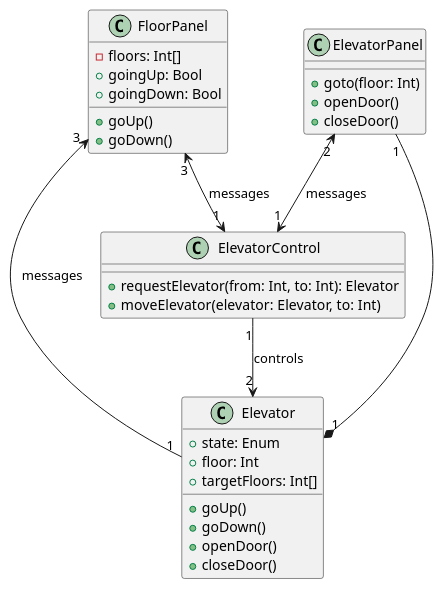
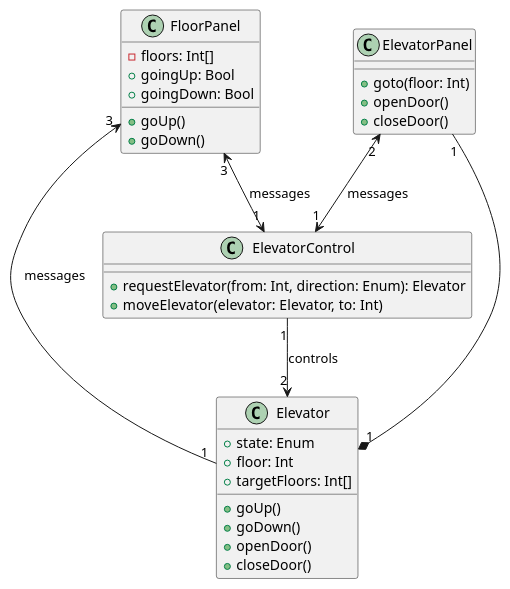
Before and after one commit to xsjk/Elevator: the second of 3 diagrams in docs/requirement/src/diagrams.puml, drawn with PlantUML. The commit also changed 2 other files, not shown here.

```diff
--- a/docs/requirement/src/diagrams.puml
+++ b/docs/requirement/src/diagrams.puml
@@ -27,35 +27,35 @@
 @startuml class
 
 class FloorPanel {
     -floors: Int[]
     +goingUp: Bool
     +goingDown: Bool
     +goUp()
     +goDown()
 }
 class ElevatorPanel {
     +goto(floor: Int)
     +openDoor()
     +closeDoor()
 }
 class Elevator {
     +state: Enum
     +floor: Int
     +targetFloors: Int[]
     +goUp()
     +goDown()
     +openDoor()
     +closeDoor()
 }
 class ElevatorControl {
-    +requestElevator(from: Int, to: Int): Elevator
+    +requestElevator(from: Int, direction: Enum): Elevator
     +moveElevator(elevator: Elevator, to: Int)
 }
 
 FloorPanel "3" <--> "1" ElevatorControl : "messages"
 FloorPanel "3" <-- "1" Elevator: "messages"
 ElevatorPanel "1" --* "1" Elevator
 ElevatorPanel "2" <--> "1" ElevatorControl : "messages"
 ElevatorControl "1" --> "2" Elevator : "controls"
 
 @enduml
```
